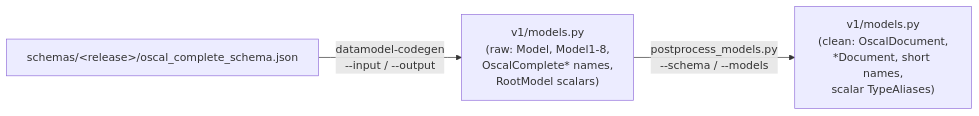
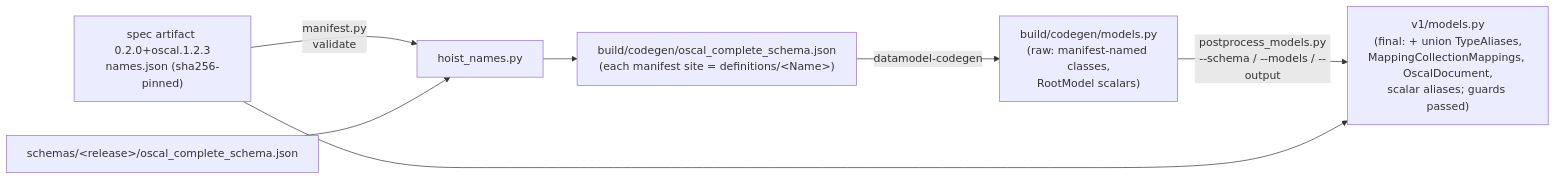
The second of 2 diagrams in .agents/summary/architecture.md (cairn-proofs/oscal-bindings-python), drawn with Mermaid before and after one commit. The commit also changed other lines of this file and 51 other files, not shown here.

First line of the commit message:
Generate the models from names.json of the spec artifact (#22)

````diff
--- a/.agents/summary/architecture.md
+++ b/.agents/summary/architecture.md
@@ -82,5 +82,9 @@
 ```mermaid
 flowchart LR
-    A["schemas/&lt;release&gt;/oscal_complete_schema.json"] -->|"datamodel-codegen<br/>--input / --output"| B["v1/models.py<br/>(raw: Model, Model1-8,<br/>OscalComplete* names,<br/>RootModel scalars)"]
-    B -->|"postprocess_models.py<br/>--schema / --models"| C["v1/models.py<br/>(clean: OscalDocument,<br/>*Document, short names,<br/>scalar TypeAliases)"]
+    N["spec artifact 0.2.0+oscal.1.2.3<br/>names.json (sha256-pinned)"] -->|"manifest.py<br/>validate"| H
+    A["schemas/&lt;release&gt;/oscal_complete_schema.json"] --> H["hoist_names.py"]
+    H --> HS["build/codegen/oscal_complete_schema.json<br/>(each manifest site = definitions/&lt;Name&gt;)"]
+    HS -->|"datamodel-codegen"| B["build/codegen/models.py<br/>(raw: manifest-named classes,<br/>RootModel scalars)"]
+    B -->|"postprocess_models.py<br/>--schema / --models / --output"| C["v1/models.py<br/>(final: + union TypeAliases,<br/>MappingCollectionMappings, OscalDocument,<br/>scalar aliases; guards passed)"]
+    N --> C
 ```
````
